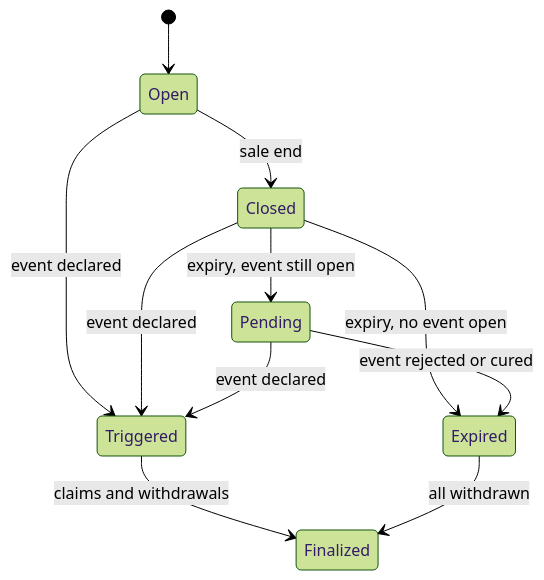
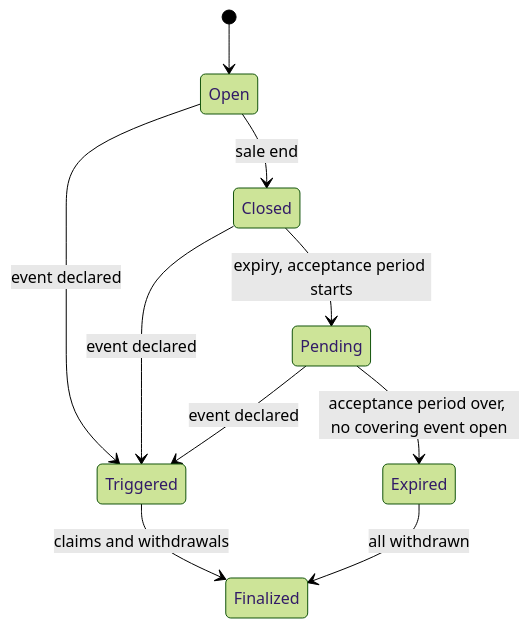
Before and after one commit to Sylox-labs/sylox: the tenth of 14 diagrams in technical-doc.md, drawn with Mermaid (forest theme). The commit also changed other lines of this file, not shown here.

````diff
--- a/technical-doc.md
+++ b/technical-doc.md
@@ -686,13 +1046,12 @@
 ```mermaid
 stateDiagram-v2
   [*] --> Open
   Open --> Closed: sale end
-  Closed --> Pending: expiry, event still open
-  Closed --> Expired: expiry, no event open
-  Pending --> Expired: event rejected or cured
+  Closed --> Pending: expiry, acceptance period starts
+  Pending --> Expired: acceptance period over, no covering event open
   Open --> Triggered: event declared
   Closed --> Triggered: event declared
   Pending --> Triggered: event declared
   Triggered --> Finalized: claims and withdrawals
   Expired --> Finalized: all withdrawn
 ```
````
